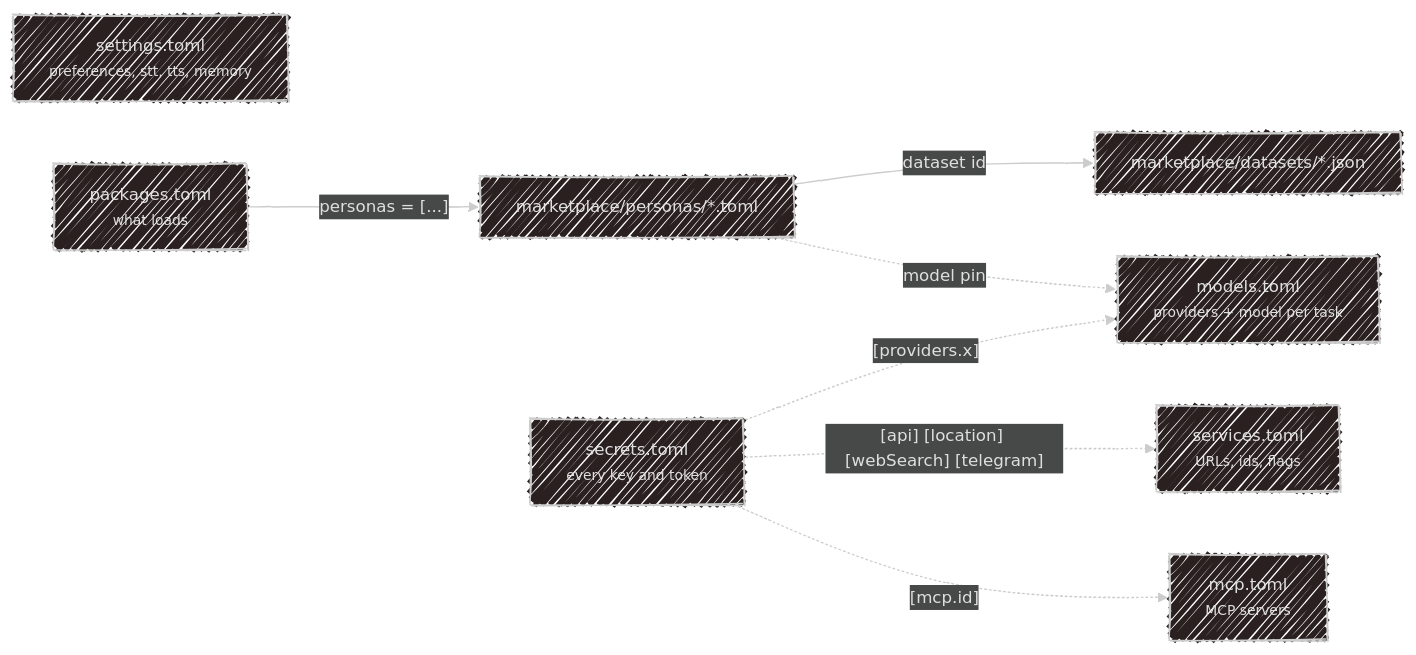
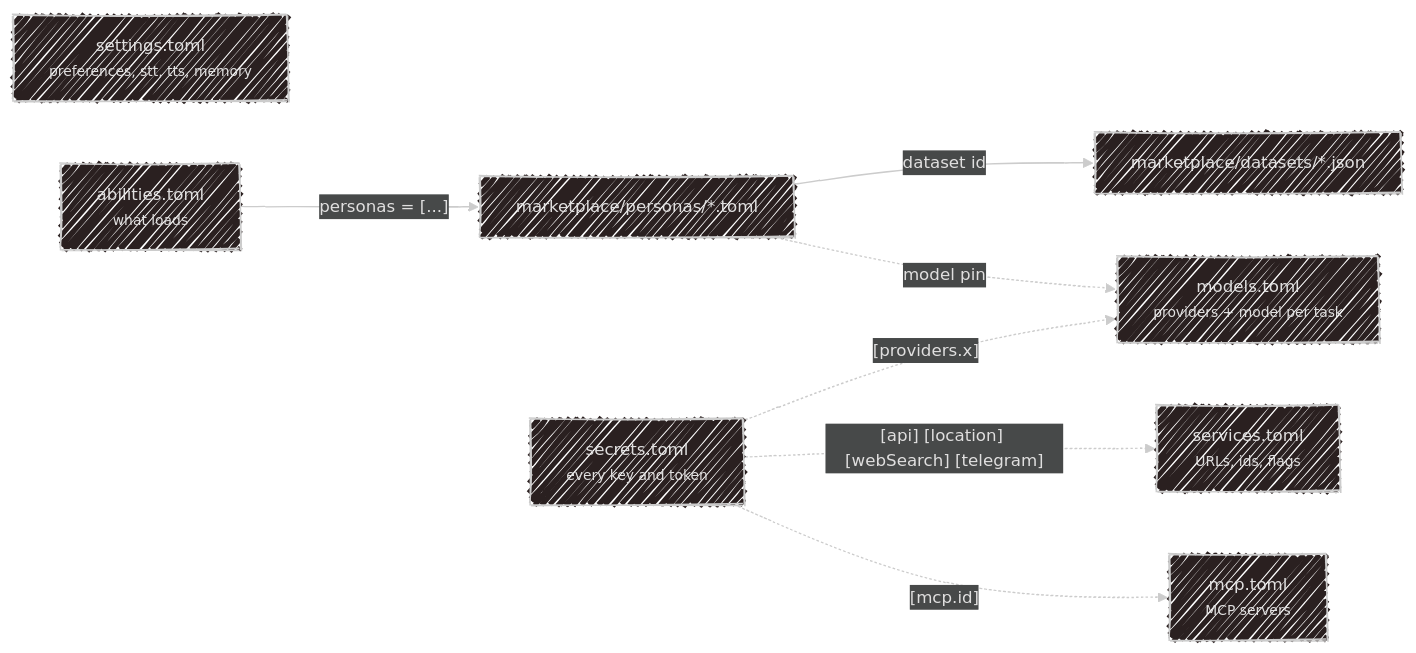
One commit to SubZtep/kaja changed the diagram in docs/configuration.md. Above: the diagram before and after it, drawn with Mermaid. The commit also changed other lines of this file and 304 other files, not shown here.

````diff
--- a/docs/configuration.md
+++ b/docs/configuration.md
@@ -44,23 +44,23 @@
 ```mermaid
 ---
 config:
   look: handDrawn
   theme: neo-dark
 ---
 flowchart LR
     S["settings.toml<br><small>preferences, stt, tts, memory</small>"]
     M["models.toml<br><small>providers + model per task</small>"]
     V["services.toml<br><small>URLs, ids, flags</small>"]
     C["mcp.toml<br><small>MCP servers</small>"]
     P["marketplace/personas/*.toml"]
-    G["packages.toml<br><small>what loads</small>"]
+    G["abilities.toml<br><small>what loads</small>"]
     D["marketplace/datasets/*.json"]
     K["secrets.toml<br><small>every key and token</small>"]
 
     K -.->|"[providers.x]"| M
     K -.->|"[api] [location] [webSearch] [telegram]"| V
     K -.->|"[mcp.id]"| C
     P -->|"dataset id"| D
     P -.->|"model pin"| M
     G -->|"personas = [...]"| P
 ```
````
